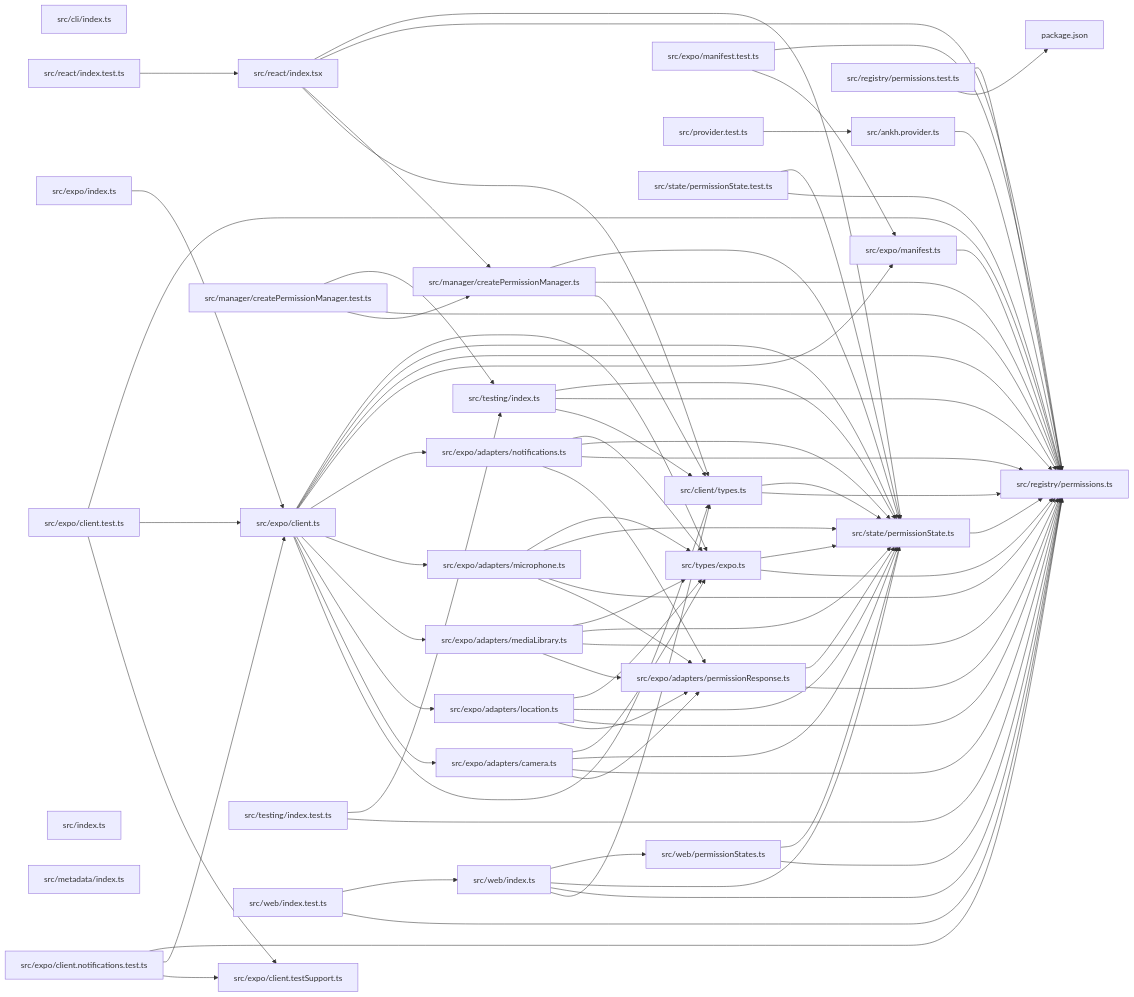
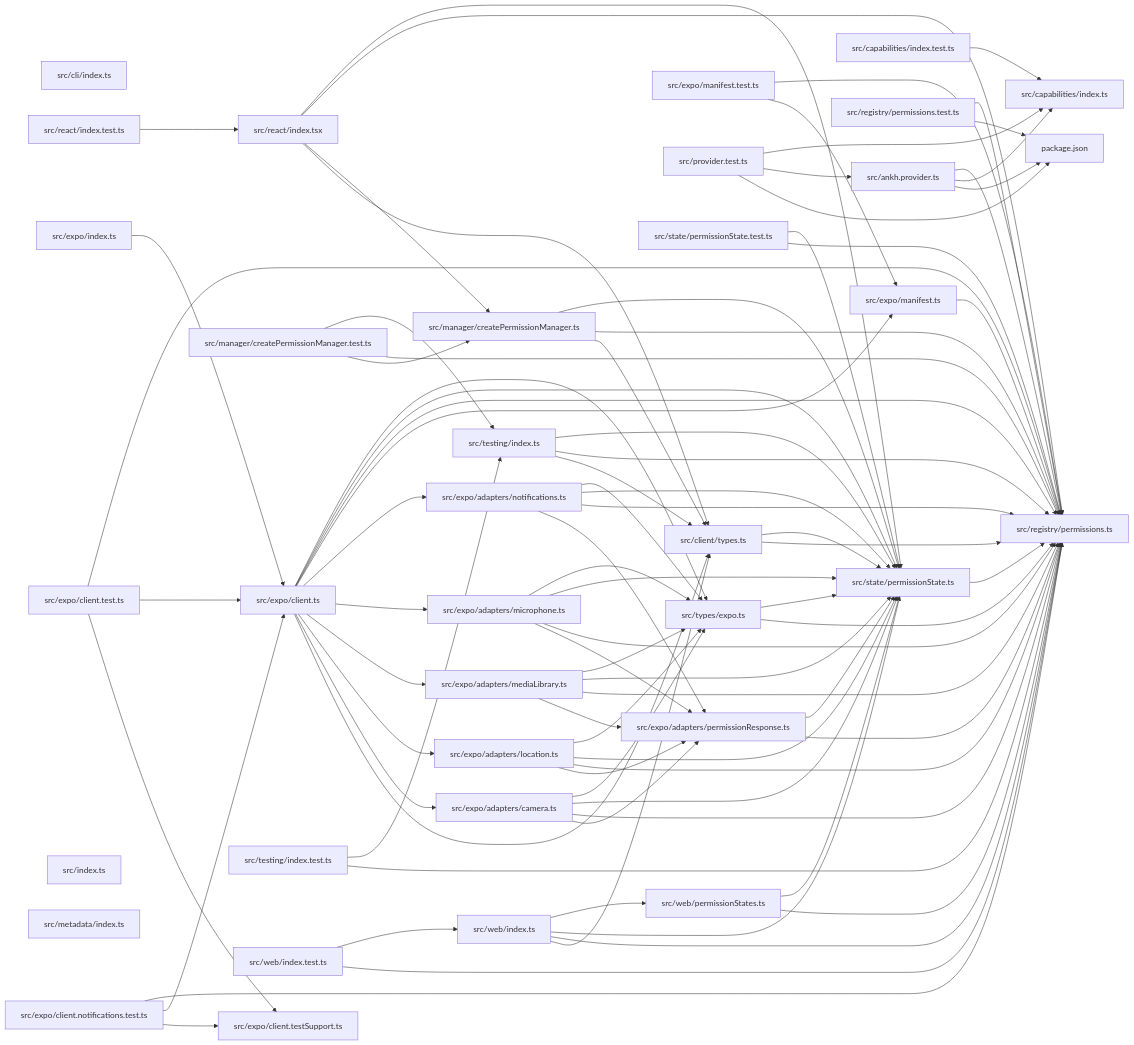
Before and after one commit to ankhorage/permissions: the diagram in paradox/diagrams/module-relationships.mmd, drawn with Mermaid. The commit also changed 9 other files, not shown here.

```diff
--- a/paradox/diagrams/module-relationships.mmd
+++ b/paradox/diagrams/module-relationships.mmd
@@ -1,112 +1,119 @@
 graph LR
   module_package_json["package.json"]
   module_src_ankh_provider_ts["src/ankh.provider.ts"]
+  module_src_capabilities_index_test_ts["src/capabilities/index.test.ts"]
+  module_src_capabilities_index_ts["src/capabilities/index.ts"]
   module_src_cli_index_ts["src/cli/index.ts"]
   module_src_client_types_ts["src/client/types.ts"]
   module_src_expo_adapters_camera_ts["src/expo/adapters/camera.ts"]
   module_src_expo_adapters_location_ts["src/expo/adapters/location.ts"]
   module_src_expo_adapters_mediaLibrary_ts["src/expo/adapters/mediaLibrary.ts"]
   module_src_expo_adapters_microphone_ts["src/expo/adapters/microphone.ts"]
   module_src_expo_adapters_notifications_ts["src/expo/adapters/notifications.ts"]
   module_src_expo_adapters_permissionResponse_ts["src/expo/adapters/permissionResponse.ts"]
   module_src_expo_client_notifications_test_ts["src/expo/client.notifications.test.ts"]
   module_src_expo_client_test_ts["src/expo/client.test.ts"]
   module_src_expo_client_testSupport_ts["src/expo/client.testSupport.ts"]
   module_src_expo_client_ts["src/expo/client.ts"]
   module_src_expo_index_ts["src/expo/index.ts"]
   module_src_expo_manifest_test_ts["src/expo/manifest.test.ts"]
   module_src_expo_manifest_ts["src/expo/manifest.ts"]
   module_src_index_ts["src/index.ts"]
   module_src_manager_createPermissionManager_test_ts["src/manager/createPermissionManager.test.ts"]
   module_src_manager_createPermissionManager_ts["src/manager/createPermissionManager.ts"]
   module_src_metadata_index_ts["src/metadata/index.ts"]
   module_src_provider_test_ts["src/provider.test.ts"]
   module_src_react_index_test_ts["src/react/index.test.ts"]
   module_src_react_index_tsx["src/react/index.tsx"]
   module_src_registry_permissions_test_ts["src/registry/permissions.test.ts"]
   module_src_registry_permissions_ts["src/registry/permissions.ts"]
   module_src_state_permissionState_test_ts["src/state/permissionState.test.ts"]
   module_src_state_permissionState_ts["src/state/permissionState.ts"]
   module_src_testing_index_test_ts["src/testing/index.test.ts"]
   module_src_testing_index_ts["src/testing/index.ts"]
   module_src_types_expo_ts["src/types/expo.ts"]
   module_src_web_index_test_ts["src/web/index.test.ts"]
   module_src_web_index_ts["src/web/index.ts"]
   module_src_web_permissionStates_ts["src/web/permissionStates.ts"]
+  module_src_ankh_provider_ts --> module_package_json
+  module_src_ankh_provider_ts --> module_src_capabilities_index_ts
   module_src_ankh_provider_ts --> module_src_registry_permissions_ts
+  module_src_capabilities_index_test_ts --> module_src_capabilities_index_ts
   module_src_client_types_ts --> module_src_registry_permissions_ts
   module_src_client_types_ts --> module_src_state_permissionState_ts
   module_src_expo_adapters_camera_ts --> module_src_expo_adapters_permissionResponse_ts
   module_src_expo_adapters_camera_ts --> module_src_registry_permissions_ts
   module_src_expo_adapters_camera_ts --> module_src_state_permissionState_ts
   module_src_expo_adapters_camera_ts --> module_src_types_expo_ts
   module_src_expo_adapters_location_ts --> module_src_expo_adapters_permissionResponse_ts
   module_src_expo_adapters_location_ts --> module_src_registry_permissions_ts
   module_src_expo_adapters_location_ts --> module_src_state_permissionState_ts
   module_src_expo_adapters_location_ts --> module_src_types_expo_ts
   module_src_expo_adapters_mediaLibrary_ts --> module_src_expo_adapters_permissionResponse_ts
   module_src_expo_adapters_mediaLibrary_ts --> module_src_registry_permissions_ts
   module_src_expo_adapters_mediaLibrary_ts --> module_src_state_permissionState_ts
   module_src_expo_adapters_mediaLibrary_ts --> module_src_types_expo_ts
   module_src_expo_adapters_microphone_ts --> module_src_expo_adapters_permissionResponse_ts
   module_src_expo_adapters_microphone_ts --> module_src_registry_permissions_ts
   module_src_expo_adapters_microphone_ts --> module_src_state_permissionState_ts
   module_src_expo_adapters_microphone_ts --> module_src_types_expo_ts
   module_src_expo_adapters_notifications_ts --> module_src_expo_adapters_permissionResponse_ts
   module_src_expo_adapters_notifications_ts --> module_src_registry_permissions_ts
   module_src_expo_adapters_notifications_ts --> module_src_state_permissionState_ts
   module_src_expo_adapters_notifications_ts --> module_src_types_expo_ts
   module_src_expo_adapters_permissionResponse_ts --> module_src_registry_permissions_ts
   module_src_expo_adapters_permissionResponse_ts --> module_src_state_permissionState_ts
   module_src_expo_client_notifications_test_ts --> module_src_expo_client_testSupport_ts
   module_src_expo_client_notifications_test_ts --> module_src_expo_client_ts
   module_src_expo_client_notifications_test_ts --> module_src_registry_permissions_ts
   module_src_expo_client_test_ts --> module_src_expo_client_testSupport_ts
   module_src_expo_client_test_ts --> module_src_expo_client_ts
   module_src_expo_client_test_ts --> module_src_registry_permissions_ts
   module_src_expo_client_ts --> module_src_client_types_ts
   module_src_expo_client_ts --> module_src_expo_adapters_camera_ts
   module_src_expo_client_ts --> module_src_expo_adapters_location_ts
   module_src_expo_client_ts --> module_src_expo_adapters_mediaLibrary_ts
   module_src_expo_client_ts --> module_src_expo_adapters_microphone_ts
   module_src_expo_client_ts --> module_src_expo_adapters_notifications_ts
   module_src_expo_client_ts --> module_src_expo_manifest_ts
   module_src_expo_client_ts --> module_src_registry_permissions_ts
   module_src_expo_client_ts --> module_src_state_permissionState_ts
   module_src_expo_client_ts --> module_src_types_expo_ts
   module_src_expo_index_ts --> module_src_expo_client_ts
   module_src_expo_manifest_test_ts --> module_src_expo_manifest_ts
   module_src_expo_manifest_test_ts --> module_src_registry_permissions_ts
   module_src_expo_manifest_ts --> module_src_registry_permissions_ts
   module_src_manager_createPermissionManager_test_ts --> module_src_manager_createPermissionManager_ts
   module_src_manager_createPermissionManager_test_ts --> module_src_registry_permissions_ts
   module_src_manager_createPermissionManager_test_ts --> module_src_testing_index_ts
   module_src_manager_createPermissionManager_ts --> module_src_client_types_ts
   module_src_manager_createPermissionManager_ts --> module_src_registry_permissions_ts
   module_src_manager_createPermissionManager_ts --> module_src_state_permissionState_ts
+  module_src_provider_test_ts --> module_package_json
   module_src_provider_test_ts --> module_src_ankh_provider_ts
+  module_src_provider_test_ts --> module_src_capabilities_index_ts
   module_src_react_index_test_ts --> module_src_react_index_tsx
   module_src_react_index_tsx --> module_src_client_types_ts
   module_src_react_index_tsx --> module_src_manager_createPermissionManager_ts
   module_src_react_index_tsx --> module_src_registry_permissions_ts
   module_src_react_index_tsx --> module_src_state_permissionState_ts
   module_src_registry_permissions_test_ts --> module_package_json
   module_src_registry_permissions_test_ts --> module_src_registry_permissions_ts
   module_src_state_permissionState_test_ts --> module_src_registry_permissions_ts
   module_src_state_permissionState_test_ts --> module_src_state_permissionState_ts
   module_src_state_permissionState_ts --> module_src_registry_permissions_ts
   module_src_testing_index_test_ts --> module_src_registry_permissions_ts
   module_src_testing_index_test_ts --> module_src_testing_index_ts
   module_src_testing_index_ts --> module_src_client_types_ts
   module_src_testing_index_ts --> module_src_registry_permissions_ts
   module_src_testing_index_ts --> module_src_state_permissionState_ts
   module_src_types_expo_ts --> module_src_registry_permissions_ts
   module_src_types_expo_ts --> module_src_state_permissionState_ts
   module_src_web_index_test_ts --> module_src_registry_permissions_ts
   module_src_web_index_test_ts --> module_src_web_index_ts
   module_src_web_index_ts --> module_src_client_types_ts
   module_src_web_index_ts --> module_src_registry_permissions_ts
   module_src_web_index_ts --> module_src_state_permissionState_ts
   module_src_web_index_ts --> module_src_web_permissionStates_ts
   module_src_web_permissionStates_ts --> module_src_registry_permissions_ts
   module_src_web_permissionStates_ts --> module_src_state_permissionState_ts
```
